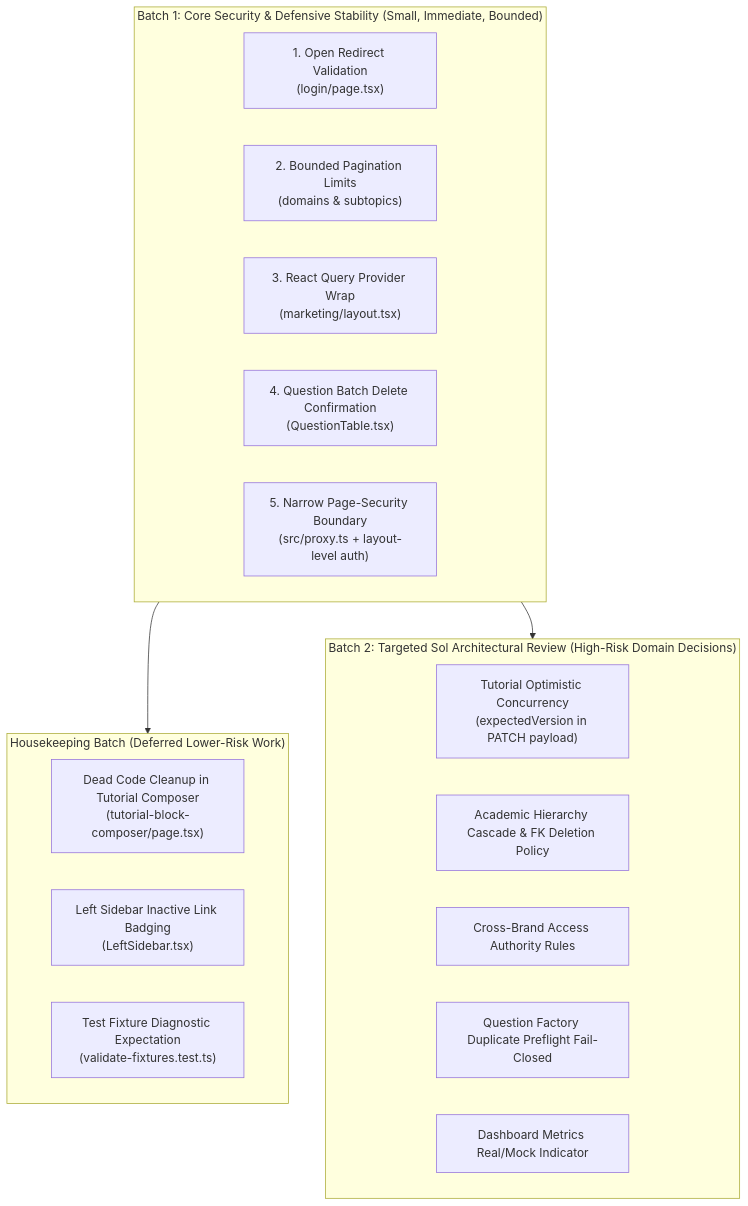
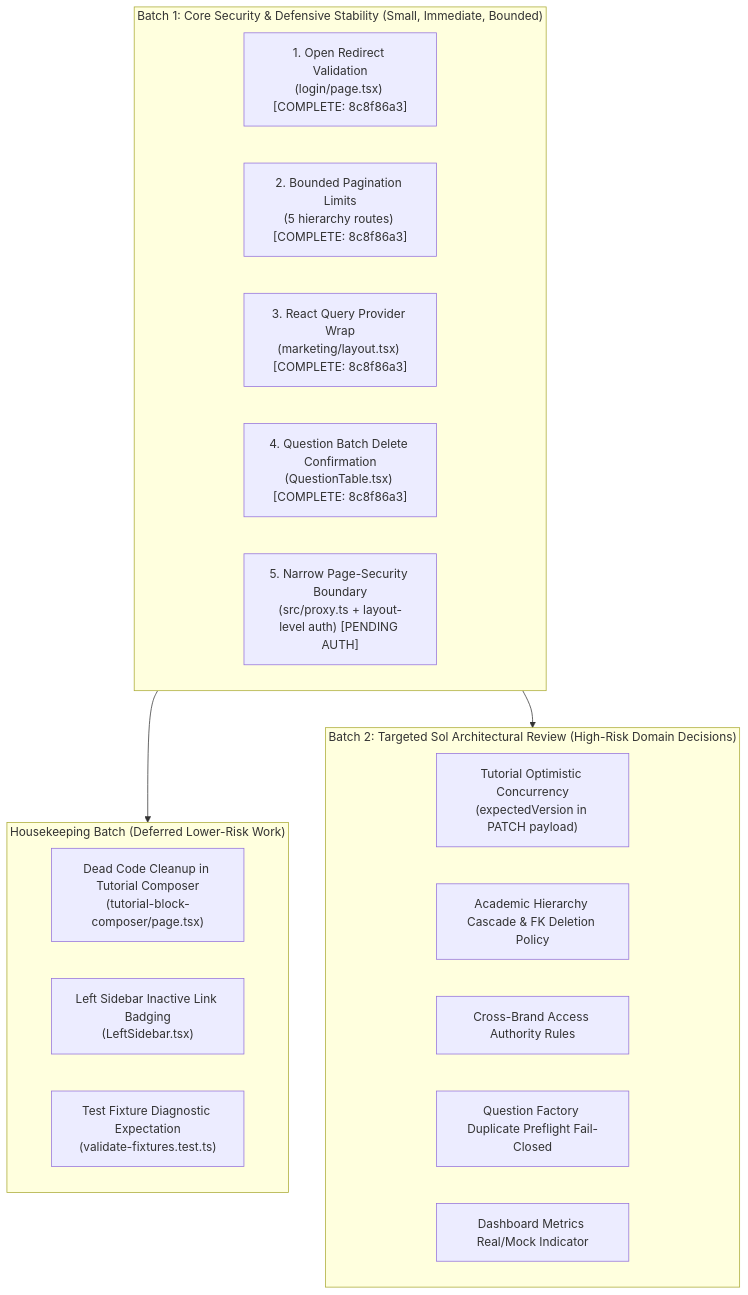
Before and after one commit to skillupitacademy-alt/SUIA_RTH_SHC: the diagram in docs/architecture/reviews/SHC/SHC_ADMIN_TECHNICAL_VERIFICATION_REPORT.md, drawn with Mermaid. The commit also changed other lines of this file and 2 other files, not shown here.

Commit message:
docs(architecture): reconcile SHC Admin ledger, report, and manifest for Scope A remediation

````diff
--- a/docs/architecture/reviews/SHC/SHC_ADMIN_TECHNICAL_VERIFICATION_REPORT.md
+++ b/docs/architecture/reviews/SHC/SHC_ADMIN_TECHNICAL_VERIFICATION_REPORT.md
@@ -265,27 +293,27 @@
 ```mermaid
 flowchart TD
     subgraph Batch1 ["Batch 1: Core Security & Defensive Stability (Small, Immediate, Bounded)"]
-        B1_1["1. Open Redirect Validation<br/>(login/page.tsx)"]
-        B1_2["2. Bounded Pagination Limits<br/>(domains & subtopics)"]
-        B1_3["3. React Query Provider Wrap<br/>(marketing/layout.tsx)"]
-        B1_4["4. Question Batch Delete Confirmation<br/>(QuestionTable.tsx)"]
-        B1_5["5. Narrow Page-Security Boundary<br/>(src/proxy.ts + layout-level auth)"]
+        B1_1["1. Open Redirect Validation<br/>(login/page.tsx) [COMPLETE: 8c8f86a3]"]
+        B1_2["2. Bounded Pagination Limits<br/>(5 hierarchy routes) [COMPLETE: 8c8f86a3]"]
+        B1_3["3. React Query Provider Wrap<br/>(marketing/layout.tsx) [COMPLETE: 8c8f86a3]"]
+        B1_4["4. Question Batch Delete Confirmation<br/>(QuestionTable.tsx) [COMPLETE: 8c8f86a3]"]
+        B1_5["5. Narrow Page-Security Boundary<br/>(src/proxy.ts + layout-level auth) [PENDING AUTH]"]
     end
 
     subgraph Housekeeping ["Housekeeping Batch (Deferred Lower-Risk Work)"]
         H1["Dead Code Cleanup in Tutorial Composer<br/>(tutorial-block-composer/page.tsx)"]
         H2["Left Sidebar Inactive Link Badging<br/>(LeftSidebar.tsx)"]
         H3["Test Fixture Diagnostic Expectation<br/>(validate-fixtures.test.ts)"]
     end
 
     subgraph Batch2 ["Batch 2: Targeted Sol Architectural Review (High-Risk Domain Decisions)"]
         S1["Tutorial Optimistic Concurrency<br/>(expectedVersion in PATCH payload)"]
         S2["Academic Hierarchy Cascade & FK Deletion Policy"]
         S3["Cross-Brand Access Authority Rules"]
         S4["Question Factory Duplicate Preflight Fail-Closed"]
         S5["Dashboard Metrics Real/Mock Indicator"]
     end
 
     Batch1 --> Housekeeping
     Batch1 --> Batch2
 ```
````
